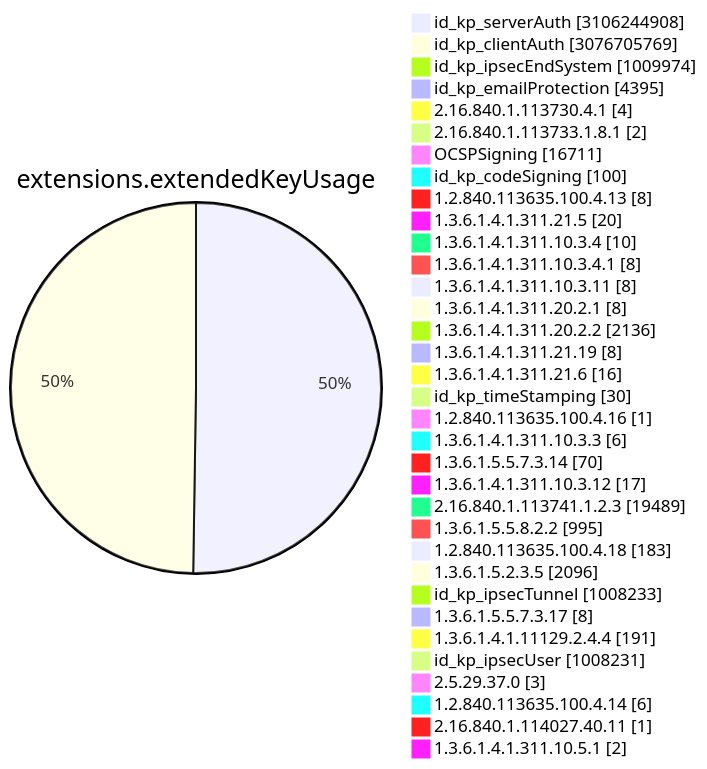
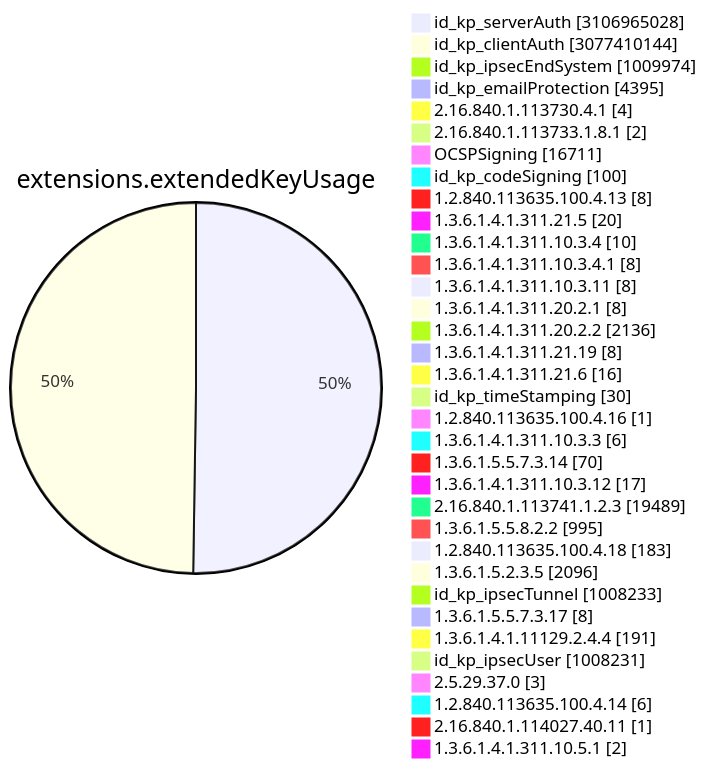
Before and after one commit to christiankrug/ctmonitor_visualization: diagram 11 of 15 in TOTAL/README.md, drawn with Mermaid. The commit also changed other lines of this file, not shown here.

````diff
--- a/TOTAL/README.md
+++ b/TOTAL/README.md
@@ -4119,38 +4119,38 @@
 ```mermaid
 pie showData
 title extensions.extendedKeyUsage
-"id_kp_serverAuth" :3106244908
-"id_kp_clientAuth" :3076705769
+"id_kp_serverAuth" :3106965028
+"id_kp_clientAuth" :3077410144
 "id_kp_ipsecEndSystem" :1009974
 "id_kp_emailProtection" :4395
 "2.16.840.1.113730.4.1" :4
 "2.16.840.1.113733.1.8.1" :2
 "OCSPSigning" :16711
 "id_kp_codeSigning" :100
 "1.2.840.113635.100.4.13" :8
 "1.3.6.1.4.1.311.21.5" :20
 "1.3.6.1.4.1.311.10.3.4" :10
 "1.3.6.1.4.1.311.10.3.4.1" :8
 "1.3.6.1.4.1.311.10.3.11" :8
 "1.3.6.1.4.1.311.20.2.1" :8
 "1.3.6.1.4.1.311.20.2.2" :2136
 "1.3.6.1.4.1.311.21.19" :8
 "1.3.6.1.4.1.311.21.6" :16
 "id_kp_timeStamping" :30
 "1.2.840.113635.100.4.16" :1
 "1.3.6.1.4.1.311.10.3.3" :6
 "1.3.6.1.5.5.7.3.14" :70
 "1.3.6.1.4.1.311.10.3.12" :17
 "2.16.840.1.113741.1.2.3" :19489
 "1.3.6.1.5.5.8.2.2" :995
 "1.2.840.113635.100.4.18" :183
 "1.3.6.1.5.2.3.5" :2096
 "id_kp_ipsecTunnel" :1008233
 "1.3.6.1.5.5.7.3.17" :8
 "1.3.6.1.4.1.11129.2.4.4" :191
 "id_kp_ipsecUser" :1008231
 "2.5.29.37.0" :3
 "1.2.840.113635.100.4.14" :6
 "2.16.840.1.114027.40.11" :1
 "1.3.6.1.4.1.311.10.5.1" :2
 ```
````
